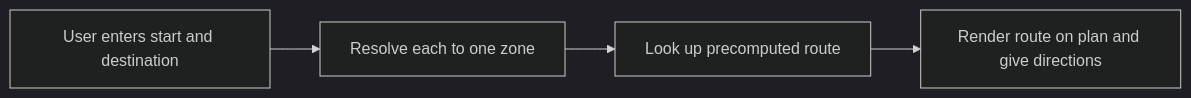
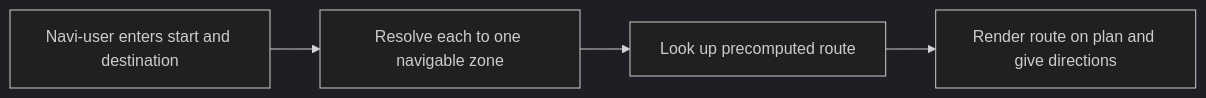
Before and after one commit to JanusWebHub/BFW_Wegweiser: the diagram in docs/design/operation-flow.md, drawn with Mermaid (dark theme). The commit also changed other lines of this file and 16 other files, not shown here.

````diff
--- a/docs/design/operation-flow.md
+++ b/docs/design/operation-flow.md
@@ -5,6 +5,6 @@
 ```mermaid
 flowchart LR
-A[User enters start and destination] --> B[Resolve each to one zone]
+A[Navi-user enters start and destination] --> B[Resolve each to one navigable zone]
 B --> C[Look up precomputed route]
 C --> D[Render route on plan and give directions]
 ```
````
